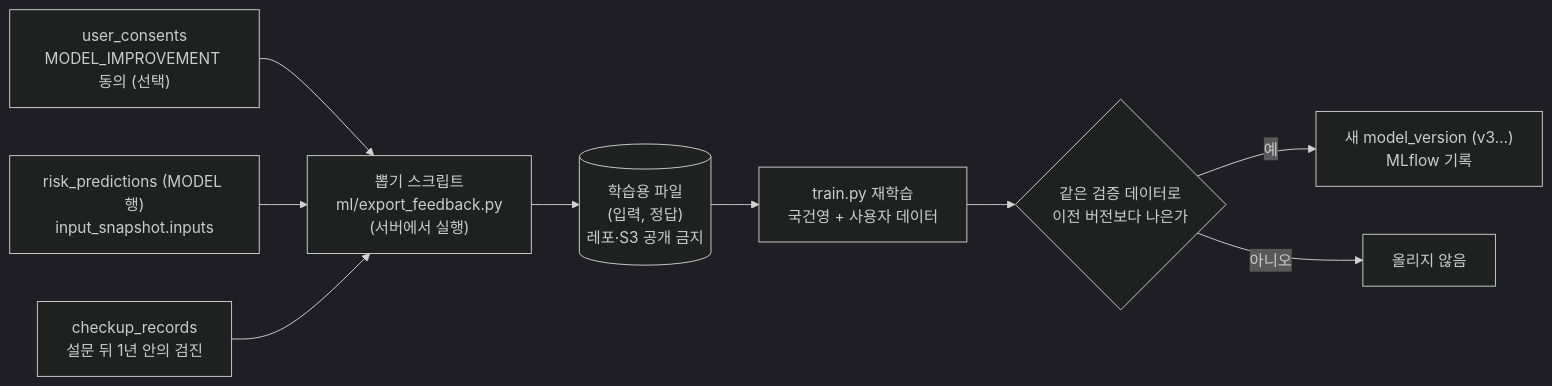
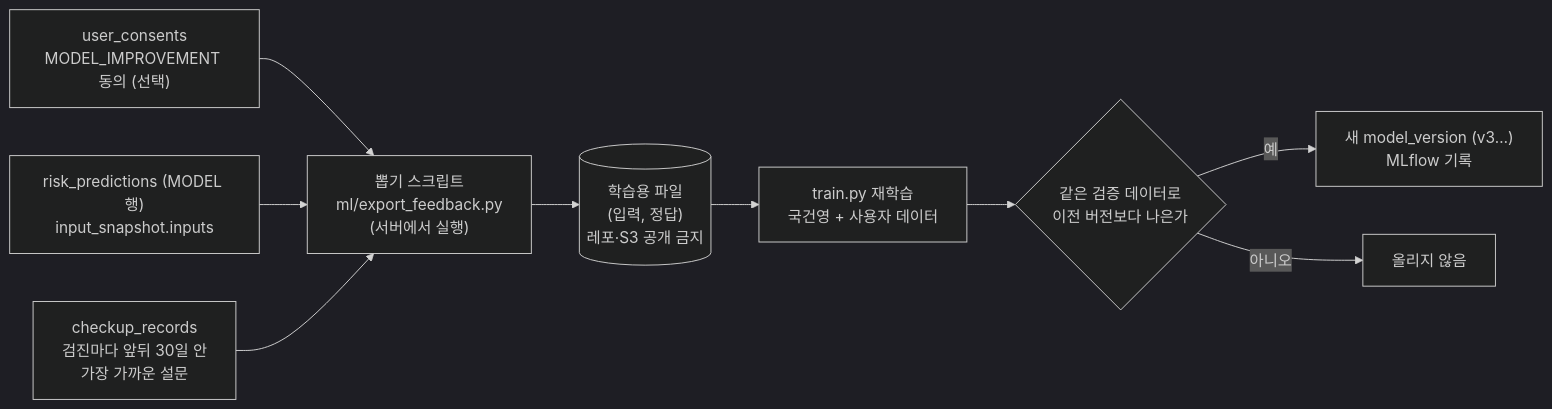
The diagram in docs/feedback-loop.md (AI-HealthCare-07/pair2care), drawn with Mermaid (dark theme) before and after one commit. The commit also changed other lines of this file, not shown here.

````diff
--- a/docs/feedback-loop.md
+++ b/docs/feedback-loop.md
@@ -10,11 +10,11 @@
 ```mermaid
 flowchart LR
     C["user_consents<br/>MODEL_IMPROVEMENT 동의 (선택)"] --> E
     P["risk_predictions (MODEL 행)<br/>input_snapshot.inputs"] --> E
-    K["checkup_records<br/>설문 뒤 1년 안의 검진"] --> E
+    K["checkup_records<br/>검진마다 앞뒤 30일 안<br/>가장 가까운 설문"] --> E
     E["뽑기 스크립트<br/>ml/export_feedback.py<br/>(서버에서 실행)"] --> D[("학습용 파일<br/>(입력, 정답)<br/>레포·S3 공개 금지")]
     D --> T["train.py 재학습<br/>국건영 + 사용자 데이터"]
     T --> V{"같은 검증 데이터로<br/>이전 버전보다 나은가"}
     V -- 예 --> N["새 model_version (v3…)<br/>MLflow 기록"]
     V -- 아니오 --> X["올리지 않음"]
 ```
````
